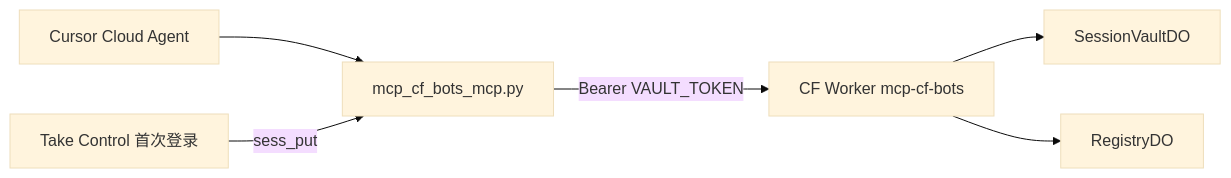
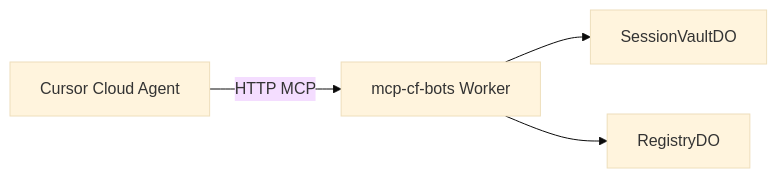
Before and after one commit to partnernetsoftware/.github: the diagram in workers/session-vault/README.md, drawn with Mermaid (base theme). The commit also changed other lines of this file and 6 other files, not shown here.

Commit message:
Remove local stdio MCP clients; CF HTTP MCP is the only path

````diff
--- a/workers/session-vault/README.md
+++ b/workers/session-vault/README.md
@@ -17,8 +17,6 @@
 ```mermaid
 flowchart LR
-  Agent[Cursor Cloud Agent] --> MCP[mcp_cf_bots_mcp.py]
-  MCP -->|Bearer VAULT_TOKEN| Worker[CF Worker mcp-cf-bots]
+  Agent[Cursor Cloud Agent] -->|HTTP MCP| Worker[mcp-cf-bots Worker]
   Worker --> VaultDO[SessionVaultDO]
   Worker --> RegDO[RegistryDO]
-  TakeControl[Take Control 首次登录] -->|sess_put| MCP
 ```
````
